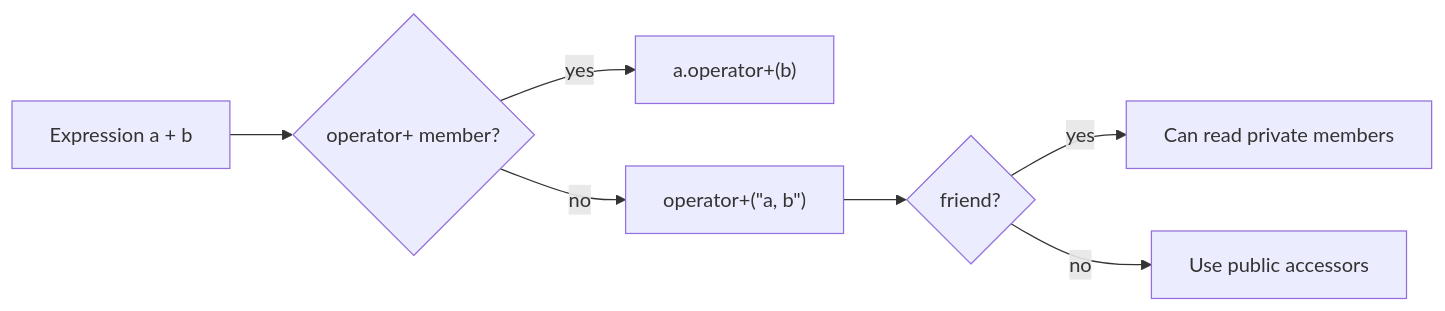
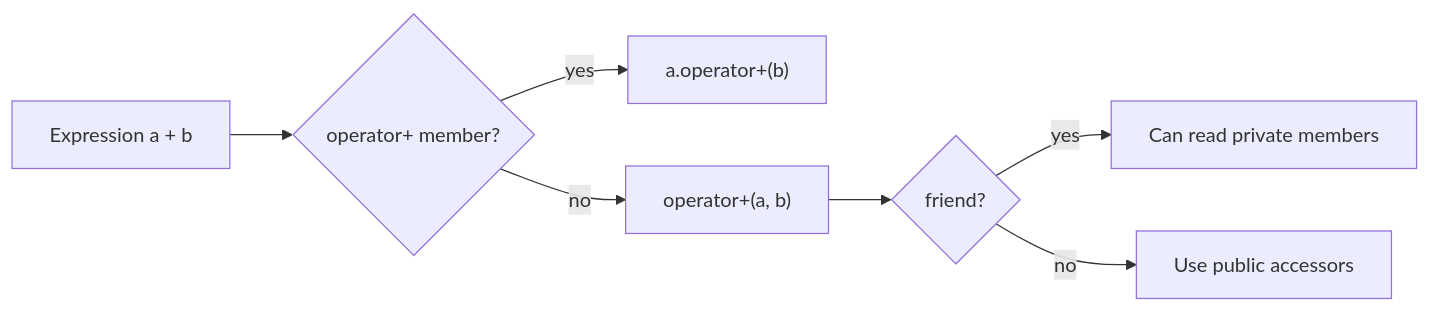
Before and after one commit to justinbrianhwang/SJ-wiki: the diagram in docs/cs/programming/cpp/references-and-operator-overloading.md, drawn with Mermaid. The commit also changed 83 other files, not shown here.

Commit message:
Fix Mermaid #quot; artifacts from broken sanitizer + add fix-mermaid-broken-quot.py tool (77 files repaired)

````diff
--- a/docs/cs/programming/cpp/references-and-operator-overloading.md
+++ b/docs/cs/programming/cpp/references-and-operator-overloading.md
@@ -120,9 +120,9 @@
 ```mermaid
 flowchart LR
   A[Expression a + b] --> B{"operator+ member?"}
   B -->|yes| C["a.operator+(b)"]
-  B -->|no| D["operator+(#quot;a, b#quot;)"]
+  B -->|no| D["operator+(a, b)"]
   D --> E{"friend?"}
   E -->|yes| F[Can read private members]
   E -->|no| G[Use public accessors]
 ```
````
